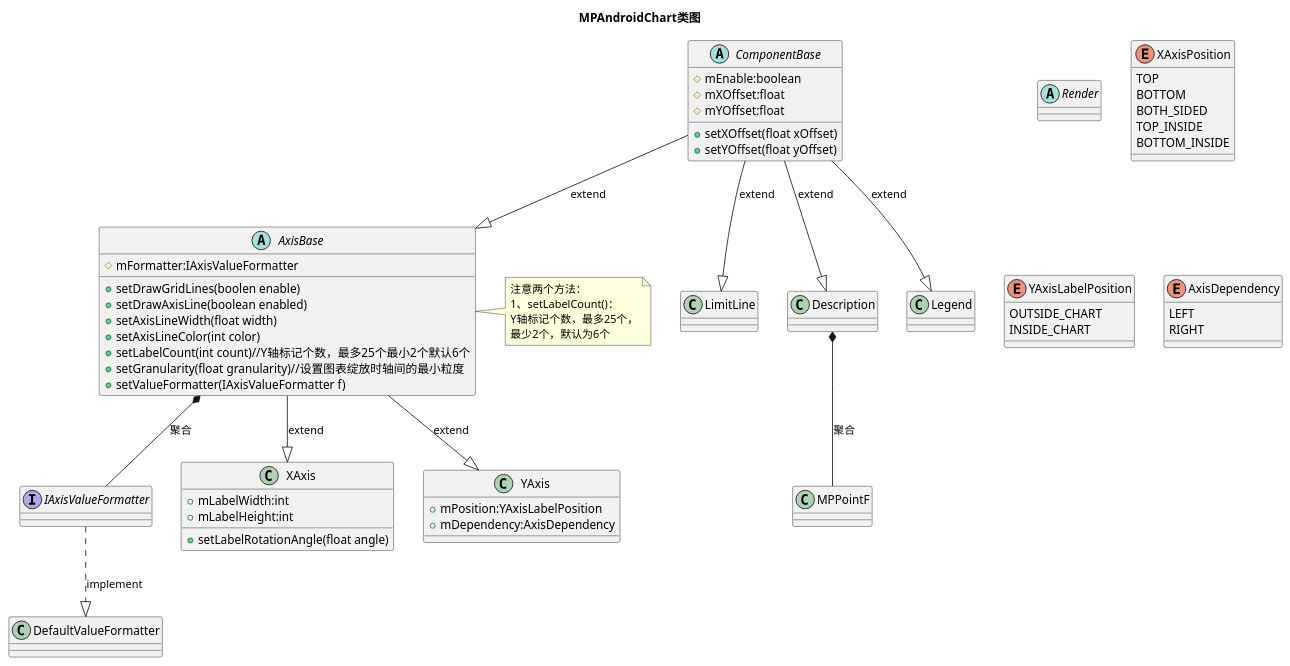
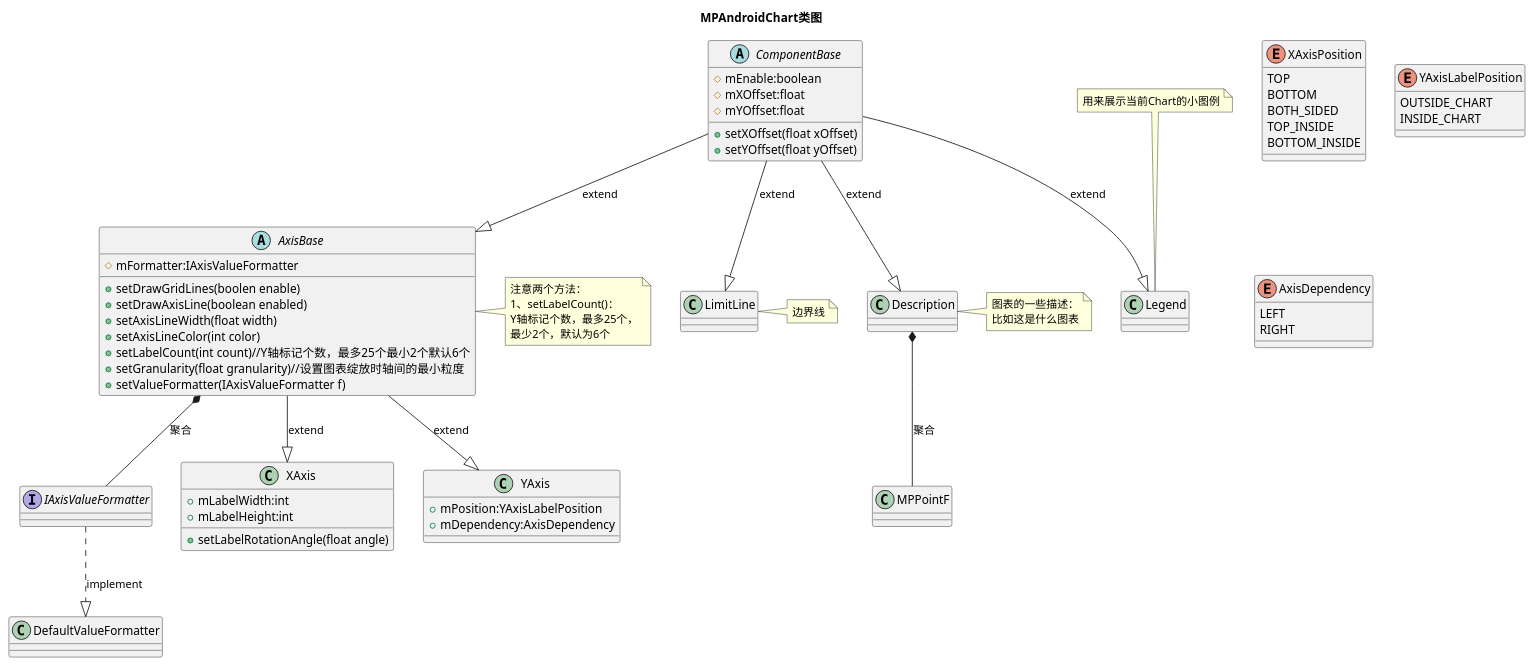
The diagram in MPChartLib/MPACComponents.puml (SunnyLy/MuKeNet), drawn with PlantUML before and after one commit. The commit also changed 4 other files, not shown here.

Commit message:
MPAC Chart UML图。。。

```diff
--- a/MPChartLib/MPACComponents.puml
+++ b/MPChartLib/MPACComponents.puml
@@ -1,68 +1,70 @@
 @startuml
 title MPAndroidChart类图
 interface IAxisValueFormatter
 class DefaultValueFormatter{
-}
-abstract Render{
 }
 abstract ComponentBase{
 #mEnable:boolean
 #mXOffset:float
 #mYOffset:float
 +setXOffset(float xOffset)
 +setYOffset(float yOffset)
 }
 abstract AxisBase{
 #mFormatter:IAxisValueFormatter
 +setDrawGridLines(boolen enable)
 +setDrawAxisLine(boolean enabled)
 +setAxisLineWidth(float width)
 +setAxisLineColor(int color)
 +setLabelCount(int count)//Y轴标记个数，最多25个最小2个默认6个
 +setGranularity(float granularity)//设置图表绽放时轴间的最小粒度
 +setValueFormatter(IAxisValueFormatter f)
 }
 enum XAxisPosition{
 TOP
 BOTTOM
 BOTH_SIDED
 TOP_INSIDE
 BOTTOM_INSIDE
 }
 class XAxis{
 +mLabelWidth:int
 +mLabelHeight:int
 +setLabelRotationAngle(float angle)
 }
 class YAxis{
 +mPosition:YAxisLabelPosition
 +mDependency:AxisDependency
 }
 enum YAxisLabelPosition{
 OUTSIDE_CHART
 INSIDE_CHART
 }
 enum AxisDependency{
 LEFT
 RIGHT
 }
 class LimitLine{
 }
 
 class Description{
 }
 class Legend{
 }
 class MPPointF{
 }
 IAxisValueFormatter ..|> DefaultValueFormatter:implement
 ComponentBase --|> LimitLine:extend
 ComponentBase --|> AxisBase:extend
 AxisBase --|> XAxis:extend
 AxisBase --|> YAxis:extend
 AxisBase *-- IAxisValueFormatter:聚合
-note right of AxisBase : 注意两个方法：\n1、setLabelCount()：\nY轴标记个数，最多25个，\n最少2个，默认为6个
 ComponentBase --|> Description:extend
 Description *-- MPPointF:聚合
 ComponentBase --|> Legend:extend
+note right of AxisBase : 注意两个方法：\n1、setLabelCount()：\nY轴标记个数，最多25个，\n最少2个，默认为6个
+note top of Legend:用来展示当前Chart的小图例
+note right of LimitLine:边界线
+note right of Description:图表的一些描述：\n比如这是什么图表
+
 @enduml
```
